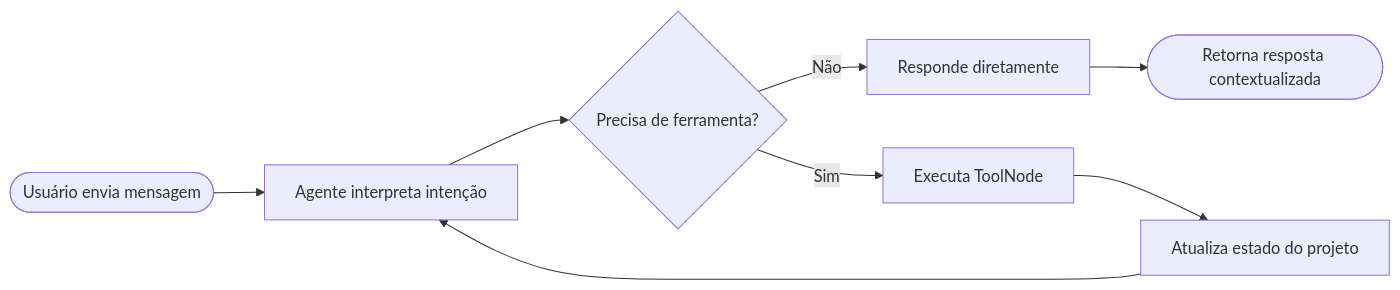
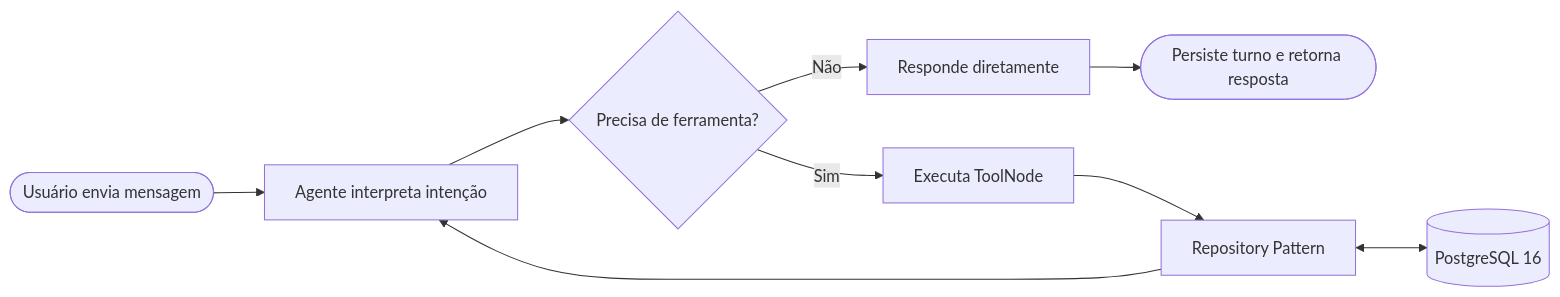
Before and after one commit to Pedrosasouza/AcademicFlow-Agent: the diagram in README.md, drawn with Mermaid. The commit also changed other lines of this file, not shown here.

````diff
--- a/README.md
+++ b/README.md
@@ -36,10 +38,11 @@
 ```mermaid
 flowchart LR
     A([Usuário envia mensagem]) --> B[Agente interpreta intenção]
     B --> C{Precisa de ferramenta?}
     C -->|Não| D[Responde diretamente]
     C -->|Sim| E[Executa ToolNode]
-    E --> F[Atualiza estado do projeto]
+    E --> F[Repository Pattern]
+    F <--> G[(PostgreSQL 16)]
     F --> B
-    D --> G([Retorna resposta contextualizada])
+    D --> H([Persiste turno e retorna resposta])
 ```
````
